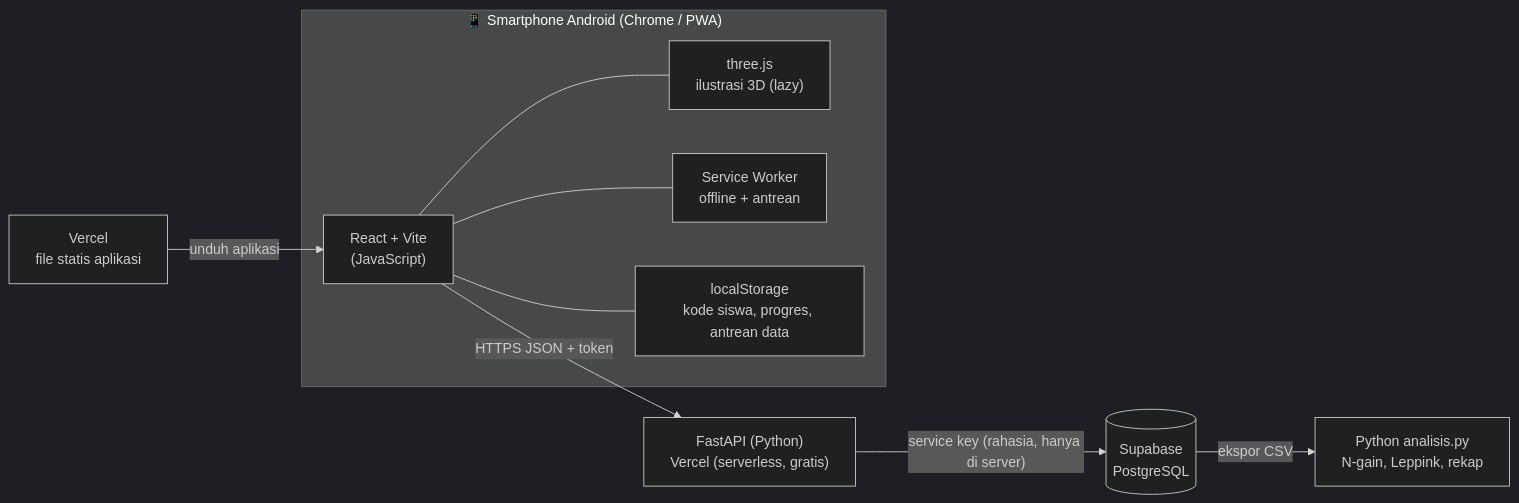
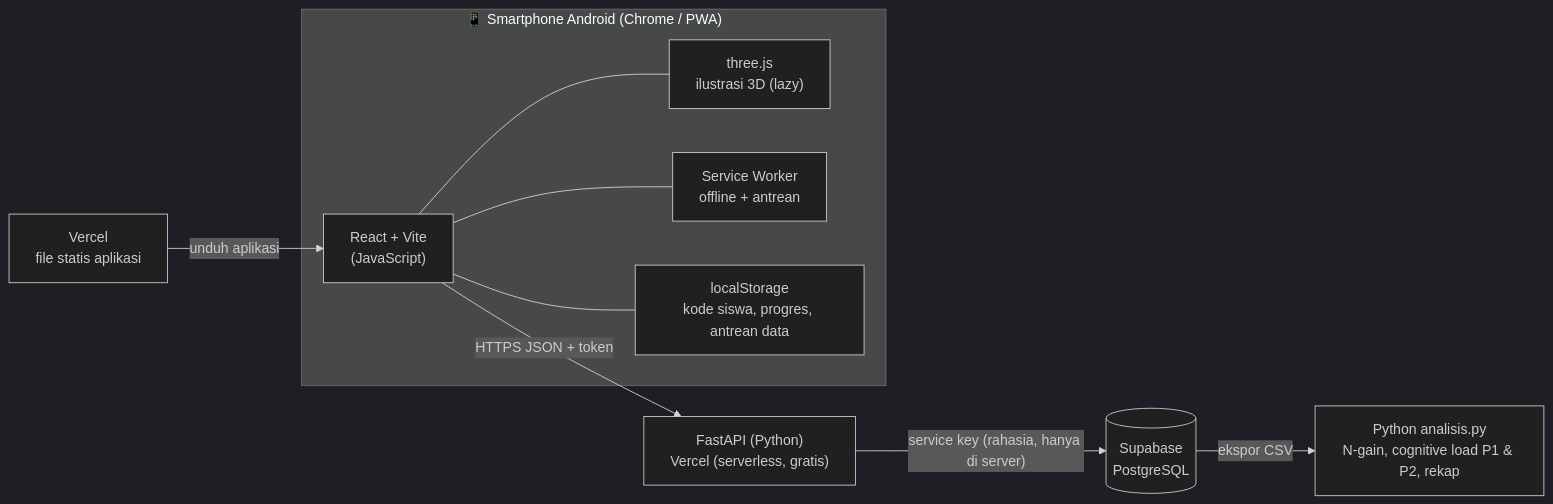
One commit to azkiahsafira/project-uas-penerapan-pythagoras-2225250013 changed the first of 2 diagrams in architecture.md. Above: the diagram before and after it, drawn with Mermaid (dark theme). The commit also changed other lines of this file and 75 other files, not shown here.

First line of the commit message:
Kuesioner Harian Cognitive Load dari dosen dan penelitian 2 pertemuan

````diff
--- a/architecture.md
+++ b/architecture.md
@@ -7,21 +7,21 @@
 ```mermaid
 flowchart LR
   subgraph HP["📱 Smartphone Android (Chrome / PWA)"]
     UI["React + Vite<br/>(JavaScript)"]
     TJS["three.js<br/>ilustrasi 3D (lazy)"]
     SW["Service Worker<br/>offline + antrean"]
     LS["localStorage<br/>kode siswa, progres, antrean data"]
   end
   GP["Vercel<br/>file statis aplikasi"]
   API["FastAPI (Python)<br/>Vercel (serverless, gratis)"]
   DB[("Supabase<br/>PostgreSQL")]
-  PY["Python analisis.py<br/>N-gain, Leppink, rekap"]
+  PY["Python analisis.py<br/>N-gain, cognitive load P1 & P2, rekap"]
 
   GP -- unduh aplikasi --> UI
   UI --- TJS
   UI --- SW
   UI --- LS
   UI -- "HTTPS JSON + token" --> API
   API -- "service key (rahasia, hanya di server)" --> DB
   DB -- "ekspor CSV" --> PY
 ```
````
